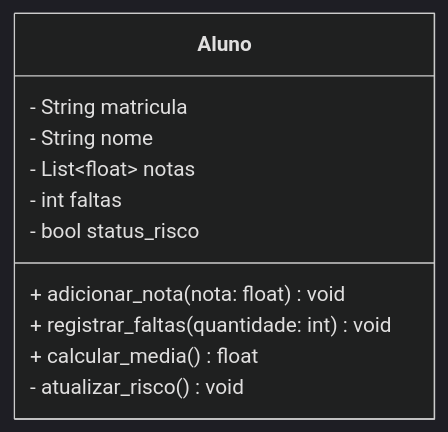
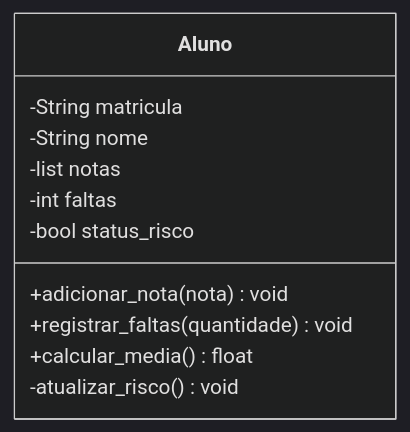
The first of 2 diagrams in README.md (NicolasReis-dev/SIMPA-unievangelica), drawn with Mermaid (dark theme) before and after one commit.

Commit message:
Arrumando erro de display no github do readme

````diff
--- a/README.md
+++ b/README.md
@@ -26,14 +26,14 @@
 ```mermaid
 classDiagram
     class Aluno {
-        - String matricula
-        - String nome
-        - List~float~ notas
-        - int faltas
-        - bool status_risco
-        + adicionar_nota(nota: float) void
-        + registrar_faltas(quantidade: int) void
-        + calcular_media() float
-        - atualizar_risco() void
+        -String matricula
+        -String nome
+        -list notas
+        -int faltas
+        -bool status_risco
+        +adicionar_nota(nota) void
+        +registrar_faltas(quantidade) void
+        +calcular_media() float
+        -atualizar_risco() void
     }
 ```
````
